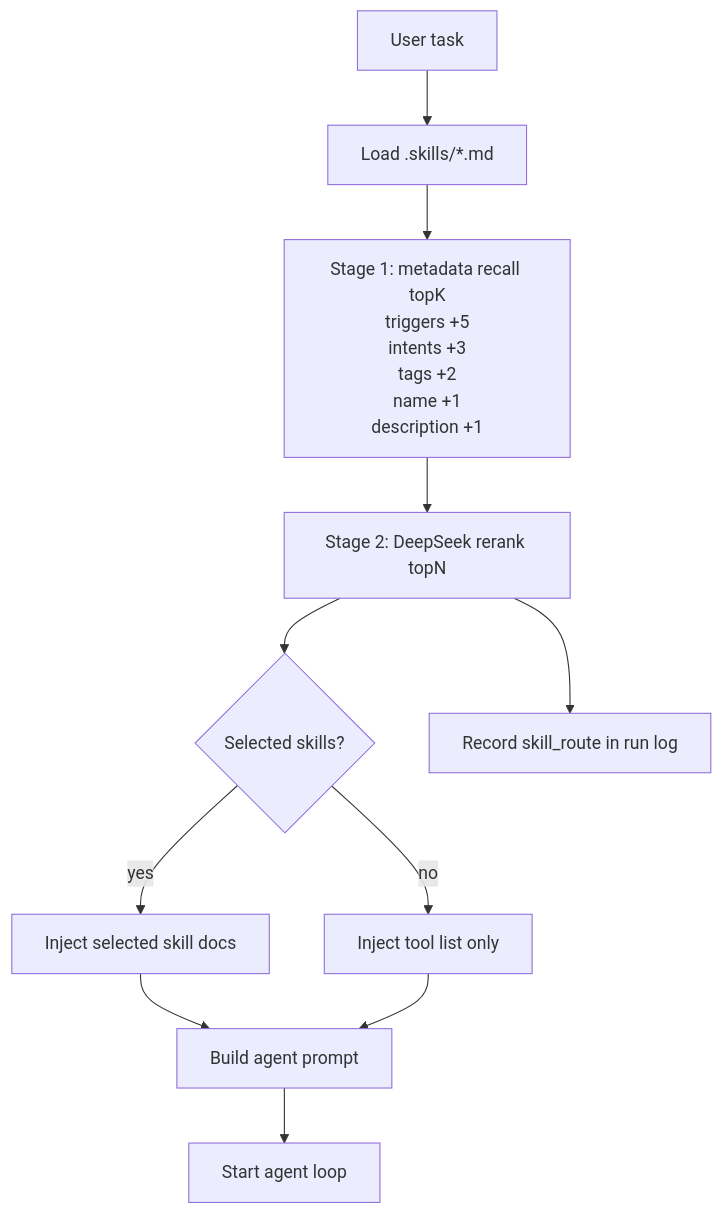
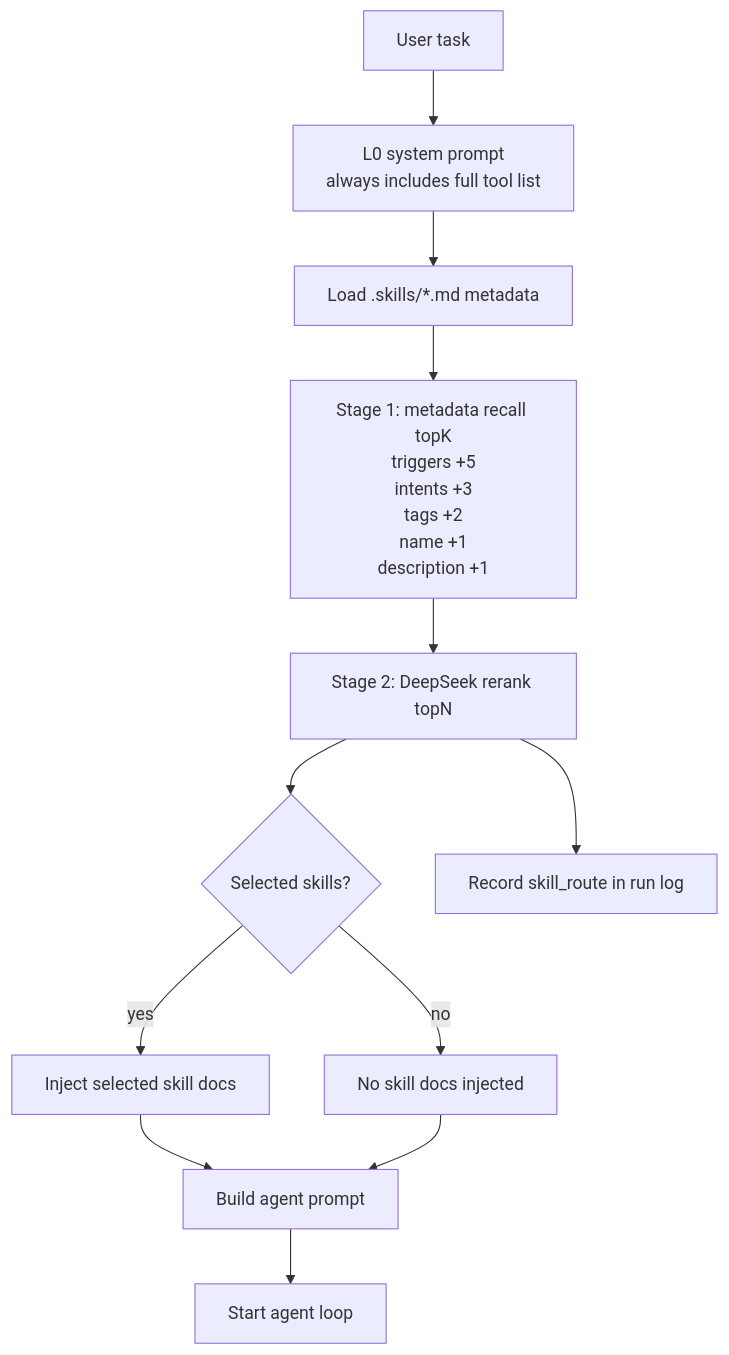
Before and after one commit to Cachuela11/MiniCode: the fourth of 10 diagrams in README.md, drawn with Mermaid. The commit also changed other lines of this file, not shown here.

````diff
--- a/README.md
+++ b/README.md
@@ -178,13 +178,14 @@
 ```mermaid
 flowchart TD
-    A[User task] --> B[Load .skills/*.md]
-    B --> C[Stage 1: metadata recall topK<br/>triggers +5<br/>intents +3<br/>tags +2<br/>name +1<br/>description +1]
-    C --> D[Stage 2: DeepSeek rerank topN]
-    D --> E{Selected skills?}
-    E -->|yes| F[Inject selected skill docs]
-    E -->|no| G[Inject tool list only]
-    F --> H[Build agent prompt]
-    G --> H
-    D --> I[Record skill_route in run log]
-    H --> J[Start agent loop]
+    A[User task] --> B[L0 system prompt<br/>always includes full tool list]
+    B --> C[Load .skills/*.md metadata]
+    C --> D[Stage 1: metadata recall topK<br/>triggers +5<br/>intents +3<br/>tags +2<br/>name +1<br/>description +1]
+    D --> E[Stage 2: DeepSeek rerank topN]
+    E --> F{Selected skills?}
+    F -->|yes| G[Inject selected skill docs]
+    F -->|no| H[No skill docs injected]
+    G --> I[Build agent prompt]
+    H --> I
+    E --> J[Record skill_route in run log]
+    I --> K[Start agent loop]
 ```
````
